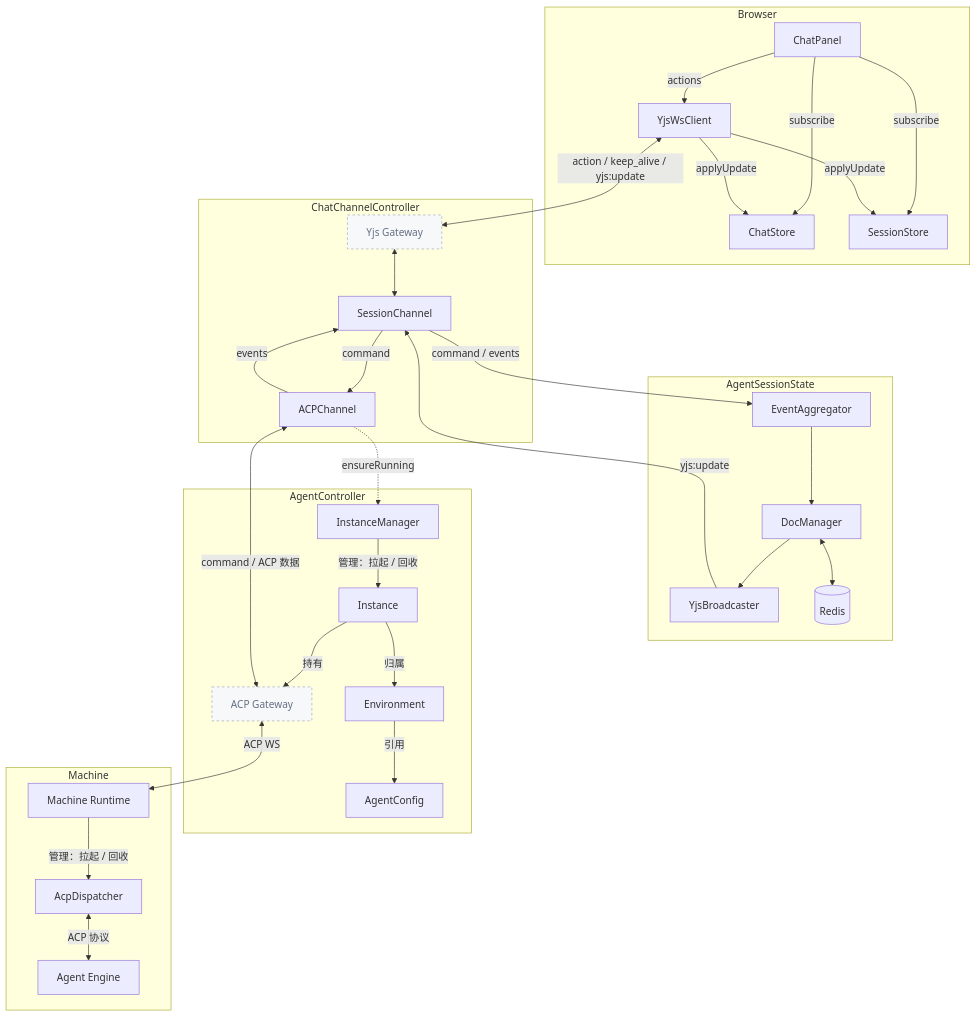
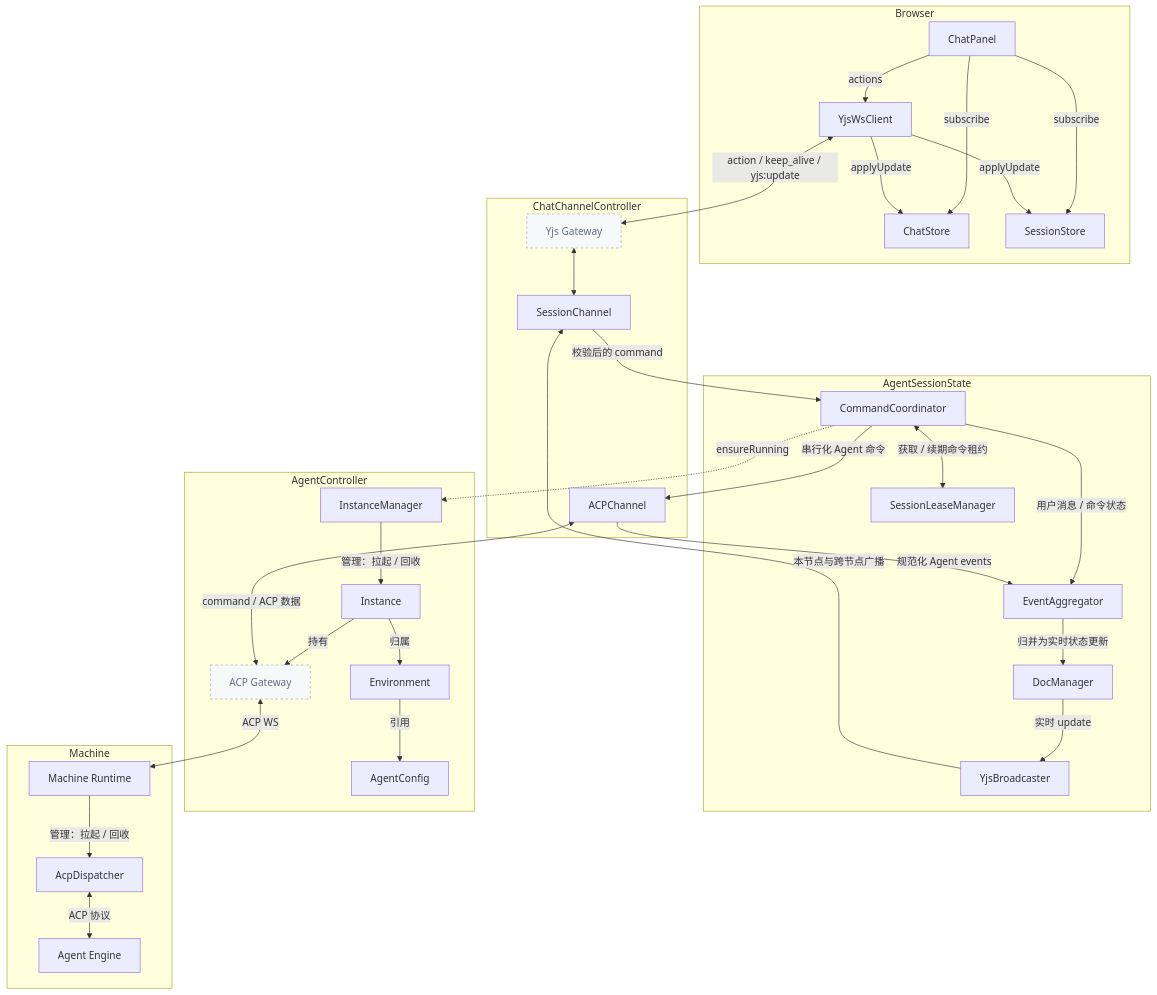
The first of 10 diagrams in docs/arch/19-yjs-chat-streaming.md (HuangPuStar/FenixAgent), drawn with Mermaid before and after one commit. The commit also changed other lines of this file and 1 other file, not shown here.

````diff
--- a/docs/arch/19-yjs-chat-streaming.md
+++ b/docs/arch/19-yjs-chat-streaming.md
@@ -10,59 +11,61 @@
 ```mermaid
 flowchart TB
     subgraph Browser["Browser"]
         CP["ChatPanel"]
         CS["ChatStore"]
         SS["SessionStore"]
         YW["YjsWsClient"]
     end
 
     classDef transport fill:#f6f8fa,stroke:#9aa4b2,stroke-dasharray:4 4,color:#667085
 
     subgraph CAC["ChatChannelController"]
         YG["Yjs Gateway"]:::transport
         SC["SessionChannel"]
         ACPC["ACPChannel"]
     end
     subgraph CAS["AgentSessionState"]
+        CC["CommandCoordinator"]
         DM["DocManager"]
         TR["EventAggregator"]
         BB["YjsBroadcaster"]
-        RD[("Redis")]
+        LM["SessionLeaseManager"]
     end
     subgraph InstanceLayer["AgentController"]
         IM["InstanceManager"]
         INST["Instance"]
         EC["Environment"]
         AC["AgentConfig"]
         AGW["ACP Gateway"]:::transport
     end
     IM -->|"管理：拉起 / 回收"| INST
     INST -->|"归属"| EC
     EC -->|"引用"| AC
     INST -->|"持有"| AGW
 
     subgraph Machine["Machine"]
         RT["Machine Runtime"]
         AD["AcpDispatcher"]
         AG["Agent Engine"]
     end
 
     CP -->|"subscribe"| CS & SS
     YW -->|"applyUpdate"| CS & SS
     CP -->|"actions"| YW
     YG <-->|" "| SC
-    SC -->|"command"| ACPC
+    SC -->|"校验后的 command"| CC
+    CC -->|"串行化 Agent 命令"| ACPC
+    CC <-->|"获取 / 续期命令租约"| LM
+    CC -->|"用户消息 / 命令状态"| TR
     ACPC <-->|"command / ACP 数据"| AGW
-    ACPC -.->|"ensureRunning"| IM
-    SC -->|"command / events"| TR
     AGW <-->|"ACP WS"| RT
     RT -->|"管理：拉起 / 回收"| AD
     AD <-->|"ACP 协议"| AG
-    ACPC -->|"events"| SC
-    TR --> DM
-    DM <--> RD
-    DM --> BB
-    BB -->|"yjs:update"| SC
+    CC -.->|"ensureRunning"| IM
+    ACPC -->|"规范化 Agent events"| TR
+    TR -->|"归并为实时状态更新"| DM
+    DM -->|"实时 update"| BB
+    BB -->|"本节点与跨节点广播"| SC
     YW <-->|"action / keep_alive / yjs:update"| YG
 
 ```
````
